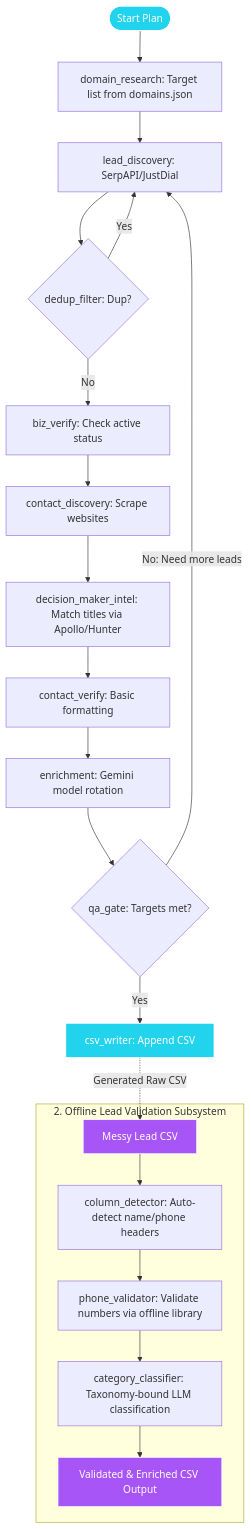
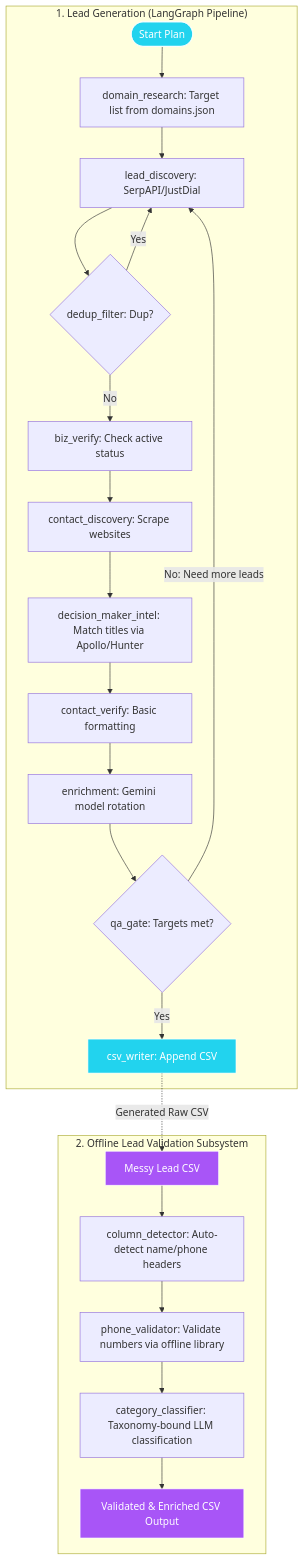
The diagram in lead_management_system/scrape_and_validate_kit/README.md (ayushX15/lead_management_system), drawn with Mermaid before and after one commit.

Commit message:
Update: Sync latest files - 2026-07-18 01:48:18

````diff
--- a/lead_management_system/scrape_and_validate_kit/README.md
+++ b/lead_management_system/scrape_and_validate_kit/README.md
@@ -18,37 +18,39 @@
 ```mermaid
 graph TD
-    %% Row 1: Plan & Discover
-    Start([Start Plan]) --> Research[domain_research: Target list from domains.json]
-    Research --> Discovery[lead_discovery: SerpAPI/JustDial]
-    Discovery --> Dedup{dedup_filter: Dup?}
-    
-    Dedup -->|Yes| Discovery
-    Dedup -->|No| Verify[biz_verify: Check active status]
+    subgraph Lead_Gen_Pipeline ["1. Lead Generation (LangGraph Pipeline)"]
+        %% Row 1: Plan & Discover
+        Start([Start Plan]) --> Research[domain_research: Target list from domains.json]
+        Research --> Discovery[lead_discovery: SerpAPI/JustDial]
+        Discovery --> Dedup{dedup_filter: Dup?}
+        
+        Dedup -->|Yes| Discovery
+        Dedup -->|No| Verify[biz_verify: Check active status]
 
-    %% Row 2: Scraping & Intelligence
-    Verify --> Contacts[contact_discovery: Scrape websites]
-    Contacts --> Intel[decision_maker_intel: Match titles via Apollo/Hunter]
-    Intel --> PhoneVal[contact_verify: Basic formatting]
-    PhoneVal --> Enrich[enrichment: Gemini model rotation]
+        %% Row 2: Scraping & Intelligence
+        Verify --> Contacts[contact_discovery: Scrape websites]
+        Contacts --> Intel[decision_maker_intel: Match titles via Apollo/Hunter]
+        Intel --> PhoneVal[contact_verify: Basic formatting]
+        PhoneVal --> Enrich[enrichment: Gemini model rotation]
 
-    %% Row 3: QA Gate & Save
-    Enrich --> QAGate{qa_gate: Targets met?}
-    QAGate -->|No: Need more leads| Discovery
-    QAGate -->|Yes| Writer[csv_writer: Append CSV]
+        %% Row 3: QA Gate & Save
+        Enrich --> QAGate{qa_gate: Targets met?}
+        QAGate -->|No: Need more leads| Discovery
+        QAGate -->|Yes| Writer[csv_writer: Append CSV]
+    end
 
-    %% Connection to validation
-    Writer -.->|Generated Raw CSV| RawCSV[Messy Lead CSV]
-    
     subgraph Lead_Val_System ["2. Offline Lead Validation Subsystem"]
-        RawCSV --> Detector[column_detector: Auto-detect name/phone headers]
+        RawCSV[Messy Lead CSV] --> Detector[column_detector: Auto-detect name/phone headers]
         Detector --> OfflinePhone[phone_validator: Validate numbers via offline library]
         OfflinePhone --> Classifier[category_classifier: Taxonomy-bound LLM classification]
         Classifier --> CleanCSV[Validated & Enriched CSV Output]
     end
+
+    %% Flow connection to bridge them side-by-side
+    Writer -.->|Generated Raw CSV| RawCSV
 
     %% Styles
     style Start fill:#22d3ee,stroke:#fff,stroke-width:1px,color:#fff
     style Writer fill:#22d3ee,stroke:#fff,stroke-width:1px,color:#fff
     style RawCSV fill:#a855f7,stroke:#fff,stroke-width:1px,color:#fff
     style CleanCSV fill:#a855f7,stroke:#fff,stroke-width:1px,color:#fff
 ```
````
